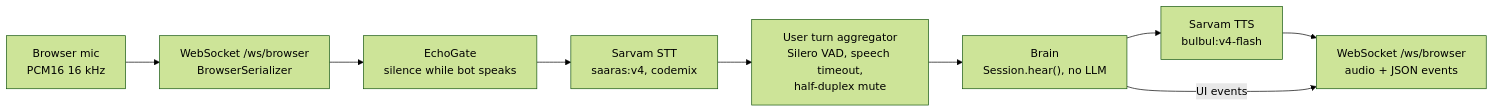
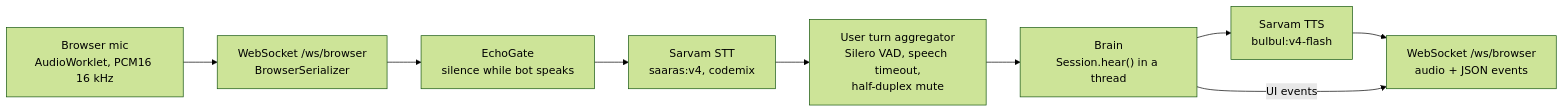
Before and after one commit to Adwaith-R-Nair/Samjho: the third of 4 diagrams in docs/HLD.md, drawn with Mermaid (forest theme). The commit also changed other lines of this file and 5 other files, not shown here.

First line of the commit message:
docs: bring the PRD, roadmap and designs up to the phone call

````diff
--- a/docs/HLD.md
+++ b/docs/HLD.md
@@ -100,11 +116,11 @@
 ```mermaid
 flowchart LR
-    mic["Browser mic<br/>PCM16 16 kHz"] --> ws["WebSocket /ws/browser<br/>BrowserSerializer"]
+    mic["Browser mic<br/>AudioWorklet, PCM16 16 kHz"] --> ws["WebSocket /ws/browser<br/>BrowserSerializer"]
     ws --> gate["EchoGate<br/>silence while bot speaks"]
     gate --> stt["Sarvam STT<br/>saaras:v4, codemix"]
     stt --> agg["User turn aggregator<br/>Silero VAD, speech timeout,<br/>half-duplex mute"]
-    agg --> brain["Brain<br/>Session.hear(), no LLM"]
+    agg --> brain["Brain<br/>Session.hear() in a thread"]
     brain --> tts["Sarvam TTS<br/>bulbul:v4-flash"]
     tts --> out["WebSocket /ws/browser<br/>audio + JSON events"]
     brain -- "UI events" --> out
 ```
````
